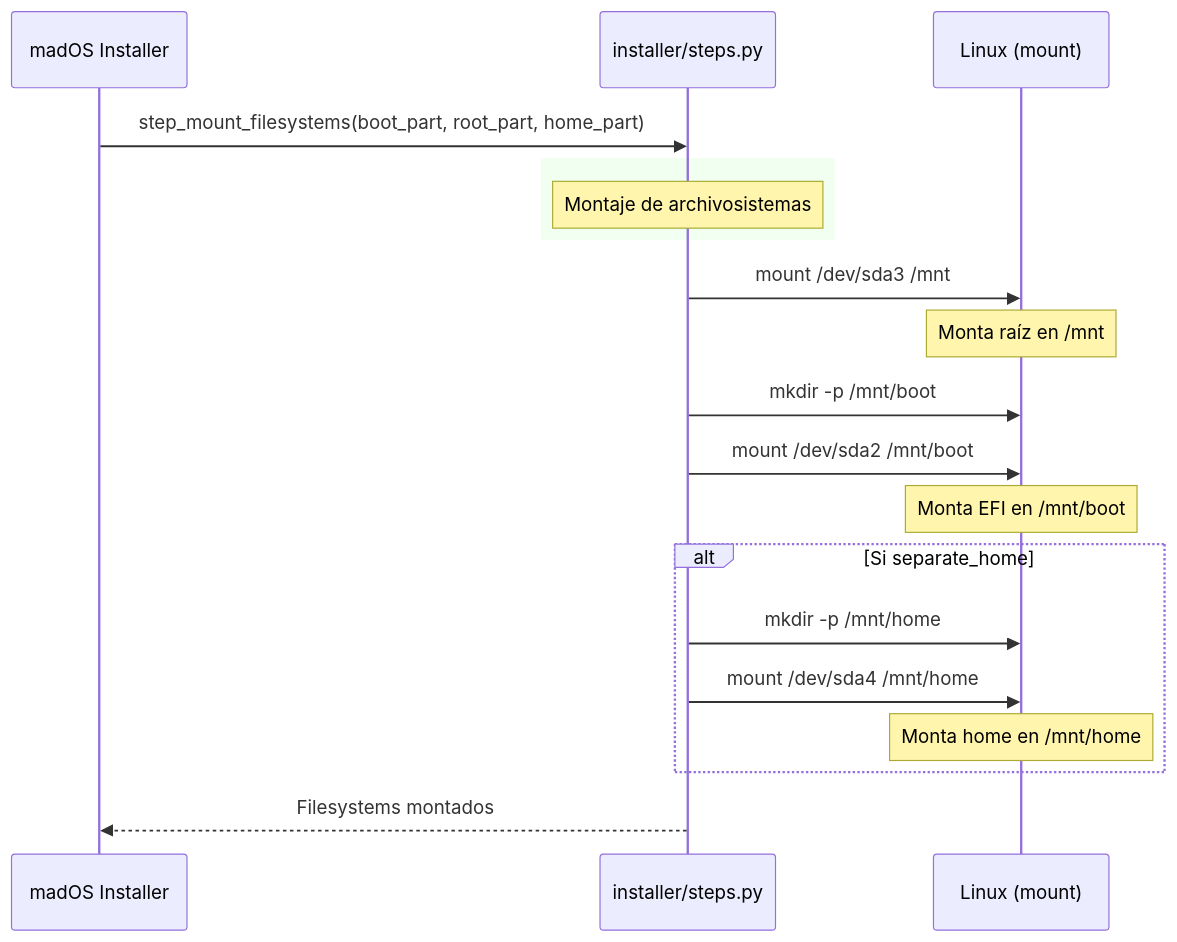
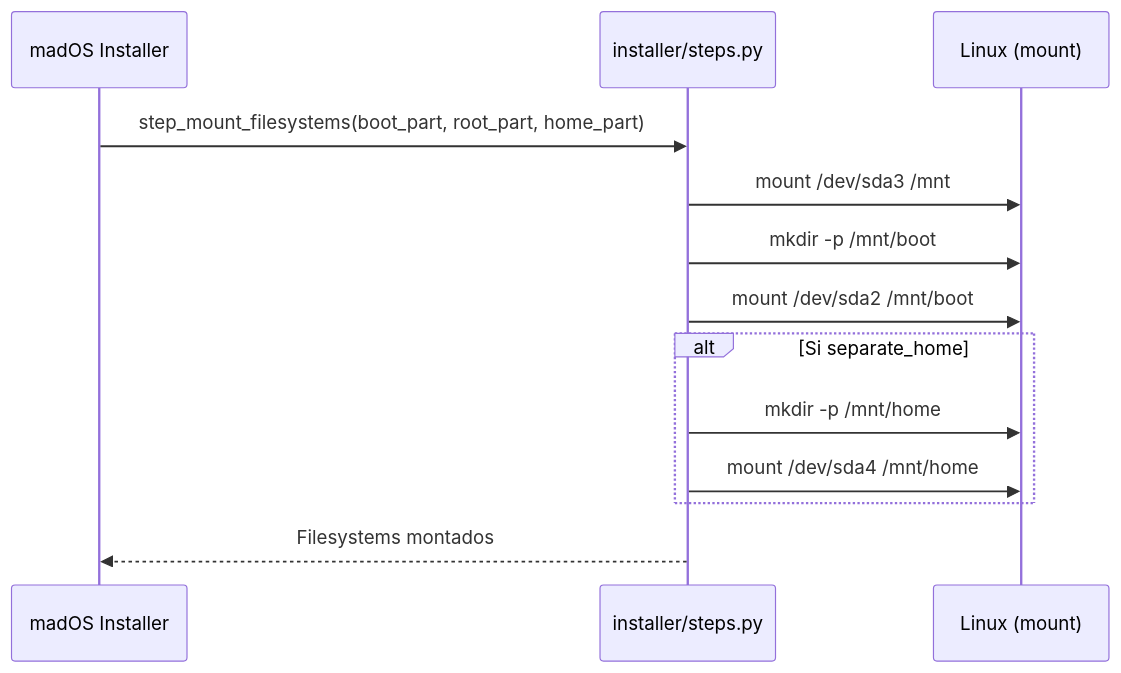
One commit to madoslinux/mados-installer changed the fourth of 12 diagrams in INSTALLATION_FLOW.md. Above: the diagram before and after it, drawn with Mermaid. The commit also changed other lines of this file, not shown here.

Commit message:
docs: update installation flow diagrams with detailed GRUB steps

````diff
--- a/INSTALLATION_FLOW.md
+++ b/INSTALLATION_FLOW.md
@@ -91,27 +82,19 @@
 ```mermaid
 sequenceDiagram
     participant App as madOS Installer
     participant Steps as installer/steps.py
     participant System as Linux (mount)
 
     App->>Steps: step_mount_filesystems(boot_part, root_part, home_part)
 
-    rect rgb(240, 255, 240)
-        Note over Steps: Montaje de archivosistemas
-    end
-
     Steps->>System: mount /dev/sda3 /mnt
-    Note over System: Monta raíz en /mnt
-
     Steps->>System: mkdir -p /mnt/boot
     Steps->>System: mount /dev/sda2 /mnt/boot
-    Note over System: Monta EFI en /mnt/boot
 
     alt Si separate_home
         Steps->>System: mkdir -p /mnt/home
         Steps->>System: mount /dev/sda4 /mnt/home
-        Note over System: Monta home en /mnt/home
     end
 
     Steps-->>App: Filesystems montados
 ```
````
